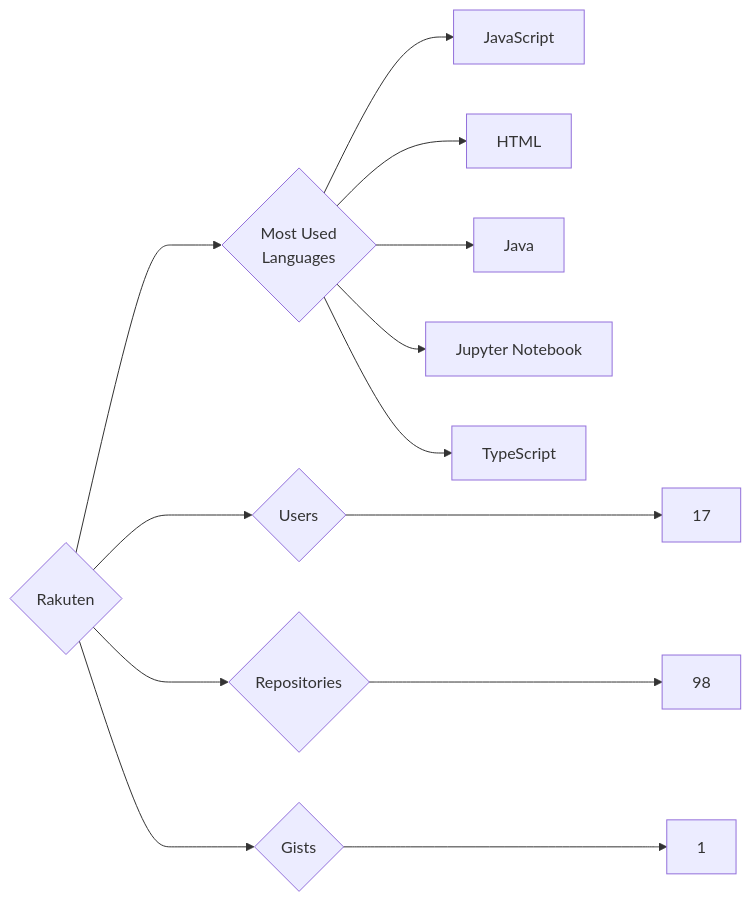
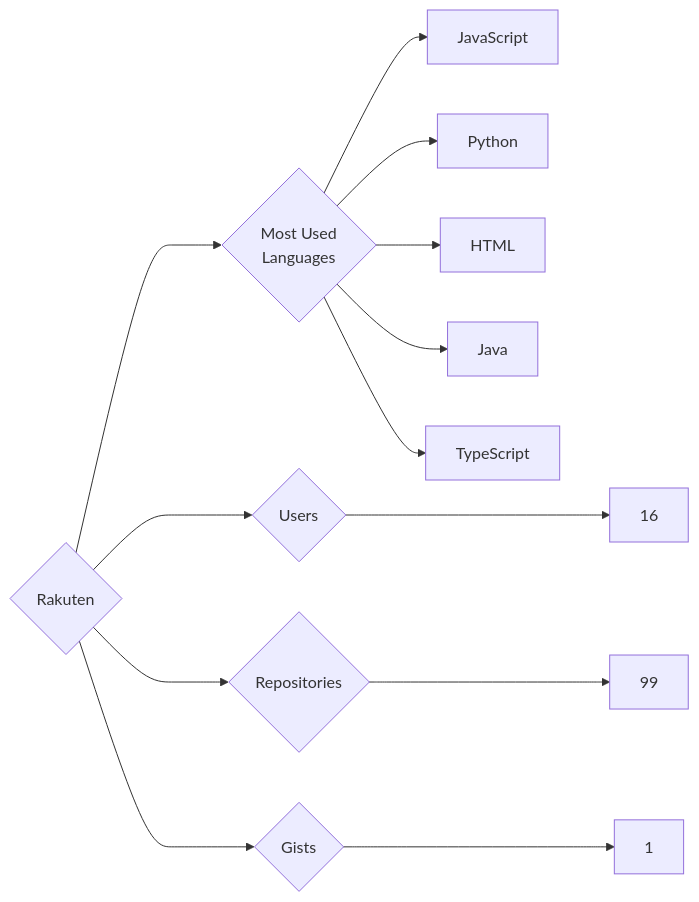
The diagram in targets/Rakuten/README.md (trickest/insiders), drawn with Mermaid before and after one commit. The commit also changed 972 other files, not shown here.

````diff
--- a/targets/Rakuten/README.md
+++ b/targets/Rakuten/README.md
@@ -3,13 +3,13 @@
 ```mermaid
 graph LR
 COMPANY_NAME{Rakuten}
-COMPANY_NAME ---> U{Users} ---> UN[17]
-COMPANY_NAME ---> R{Repositories} ---> RN[98]
+COMPANY_NAME ---> U{Users} ---> UN[16]
+COMPANY_NAME ---> R{Repositories} ---> RN[99]
 COMPANY_NAME ---> G{Gists} ---> GN[1]
 COMPANY_NAME ---> ML{Most Used<br>Languages}
 ML --> JavaScript[JavaScript]
+ML --> Python[Python]
 ML --> HTML[HTML]
 ML --> Java[Java]
-ML --> Jupyter_Notebook[Jupyter Notebook]
 ML --> TypeScript[TypeScript]
 ```
````
